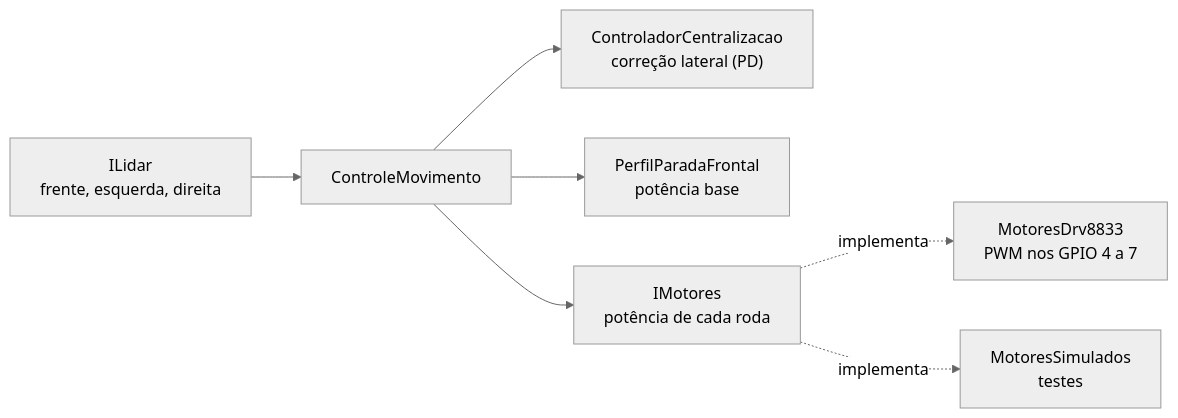
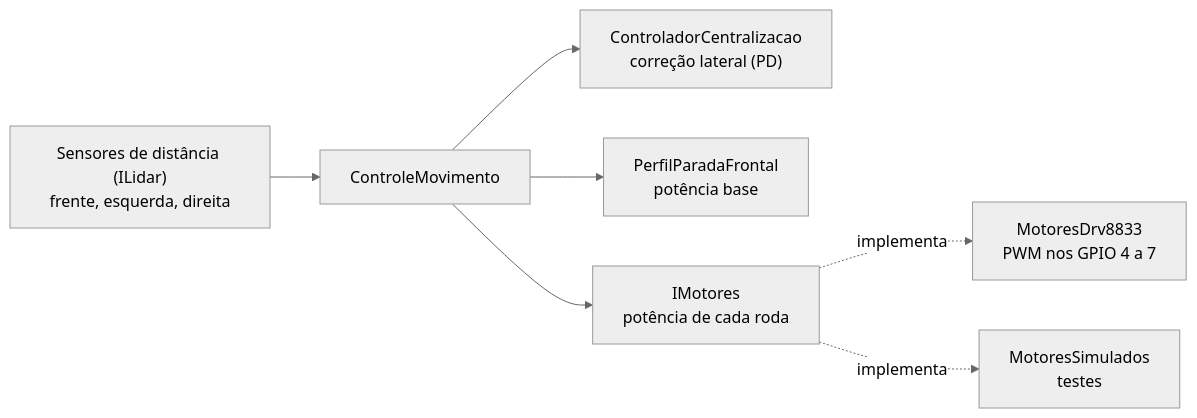
One commit to claudiohsc/2026_2_PI1_Grupo01_Hilmer-1 changed the eighth of 8 diagrams in docs/04-projeto-conceitual/firmware.md. Above: the diagram before and after it, drawn with Mermaid (neutral theme). The commit also changed other lines of this file and 1 other file, not shown here.

````diff
--- a/docs/04-projeto-conceitual/firmware.md
+++ b/docs/04-projeto-conceitual/firmware.md
@@ -578,9 +606,9 @@
 ```mermaid
 flowchart LR
-    lidar["ILidar<br/>frente, esquerda, direita"] --> controle["ControleMovimento"]
+    lidar["Sensores de distância (ILidar)<br/>frente, esquerda, direita"] --> controle["ControleMovimento"]
     controle --> lateral["ControladorCentralizacao<br/>correção lateral (PD)"]
     controle --> frontal["PerfilParadaFrontal<br/>potência base"]
     controle --> motores["IMotores<br/>potência de cada roda"]
     motores -. implementa .-> drv["MotoresDrv8833<br/>PWM nos GPIO 4 a 7"]
     motores -. implementa .-> sim["MotoresSimulados<br/>testes"]
 ```
````
